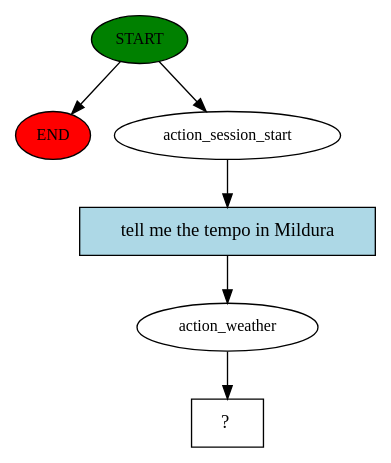
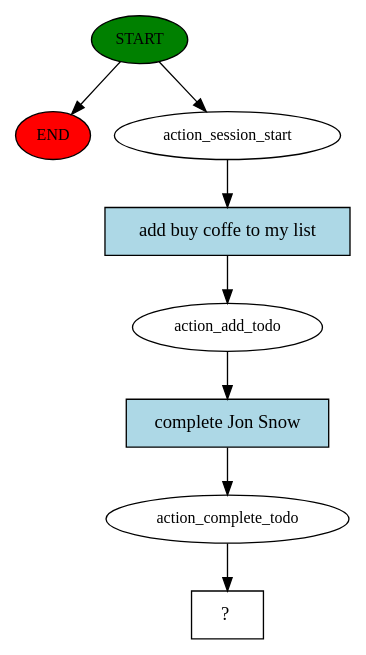
Before and after one commit to kode-git/NeMo: the diagram in rasa/story_graph.dot, drawn with Graphviz. The commit also changed 8 other files, not shown here.

Commit message:
Add Todo List [Add-Complete-Ask]

```diff
--- a/rasa/story_graph.dot
+++ b/rasa/story_graph.dot
@@ -1,13 +1,17 @@
 digraph  {
 0 [class="start active", fillcolor=green, fontsize=12, label=START, style=filled];
 "-1" [class=end, fillcolor=red, fontsize=12, label=END, style=filled];
 1 [class=active, fontsize=12, label=action_session_start];
-2 [class=active, fontsize=12, label=action_weather];
-3 [class="intent dashed active", label="  ?  ", shape=rect];
-4 [class="intent active", fillcolor=lightblue, label="tell me the tempo in Mildura", shape=rect, style=filled];
+2 [class=active, fontsize=12, label=action_add_todo];
+3 [class=active, fontsize=12, label=action_complete_todo];
+4 [class="intent dashed active", label="  ?  ", shape=rect];
+5 [class="intent active", fillcolor=lightblue, label="add buy coffe to my list", shape=rect, style=filled];
+6 [class="intent active", fillcolor=lightblue, label="complete Jon Snow", shape=rect, style=filled];
 0 -> "-1"  [class="", key=NONE, label=""];
 0 -> 1  [class=active, key=NONE, label=""];
-1 -> 4  [class=active, key=0];
-2 -> 3  [class=active, key=NONE, label=""];
-4 -> 2  [class=active, key=0];
+1 -> 5  [class=active, key=0];
+2 -> 6  [class=active, key=0];
+3 -> 4  [class=active, key=NONE, label=""];
+5 -> 2  [class=active, key=0];
+6 -> 3  [class=active, key=0];
 }
```
